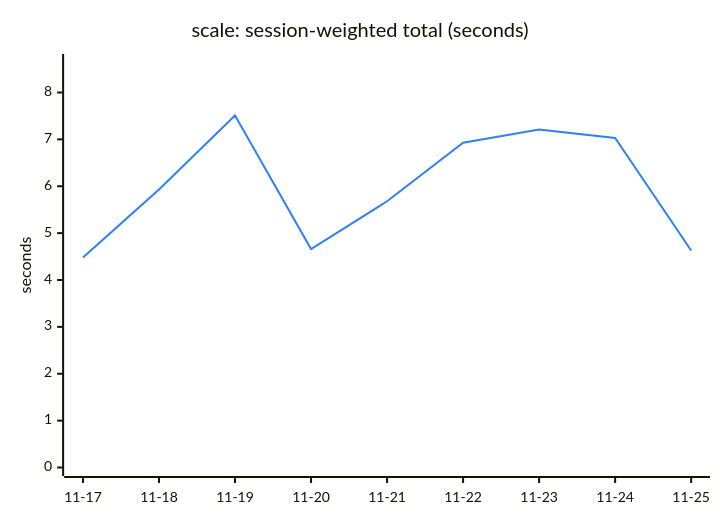
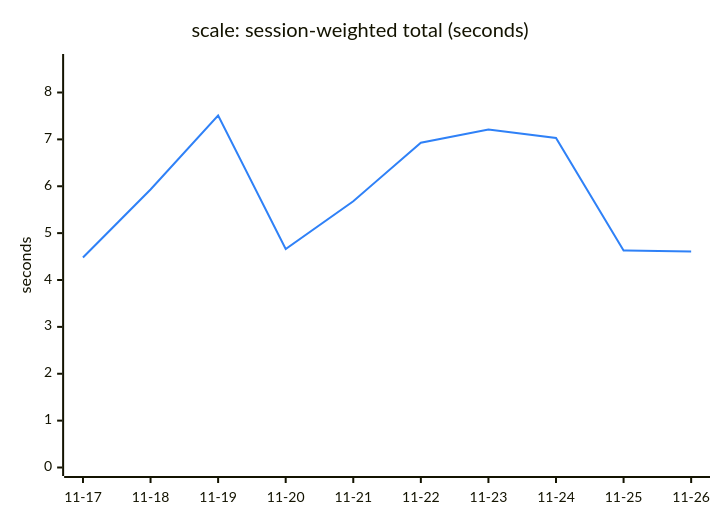
Before and after one commit to Ricovl/mxcli: the third of 6 diagrams in TREND.md, drawn with Mermaid. The commit also changed other lines of this file and 2 other files, not shown here.

````diff
--- a/TREND.md
+++ b/TREND.md
@@ -83,13 +83,13 @@
 ```mermaid
 ---
 config:
   themeVariables:
     xyChart:
       plotColorPalette: "#2f81f7"
 ---
 xychart-beta
     title "scale: session-weighted total (seconds)"
-    x-axis ["11-17", "11-18", "11-19", "11-20", "11-21", "11-22", "11-23", "11-24", "11-25"]
+    x-axis ["11-17", "11-18", "11-19", "11-20", "11-21", "11-22", "11-23", "11-24", "11-25", "11-26"]
     y-axis "seconds" 0 --> 8.64
-    line [4.48, 5.93, 7.51, 4.66, 5.68, 6.93, 7.21, 7.03, 4.63]
+    line [4.48, 5.93, 7.51, 4.66, 5.68, 6.93, 7.21, 7.03, 4.63, 4.61]
 ```
````
